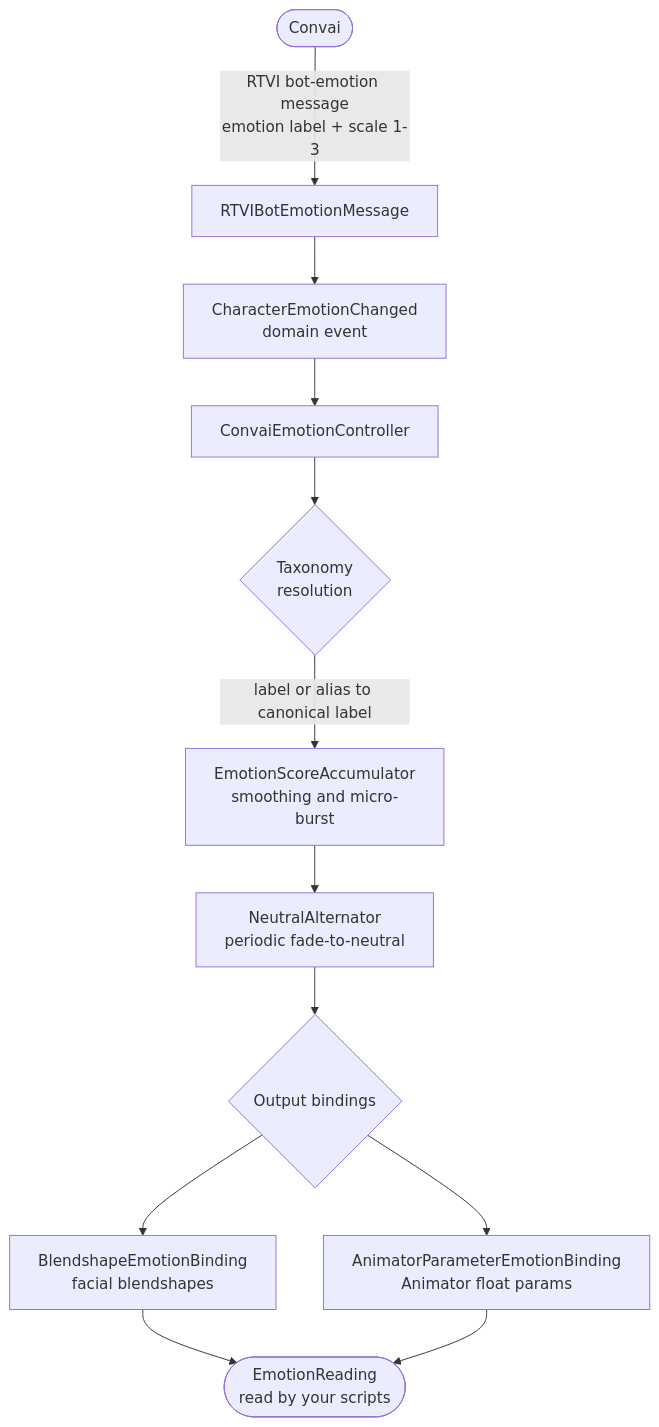
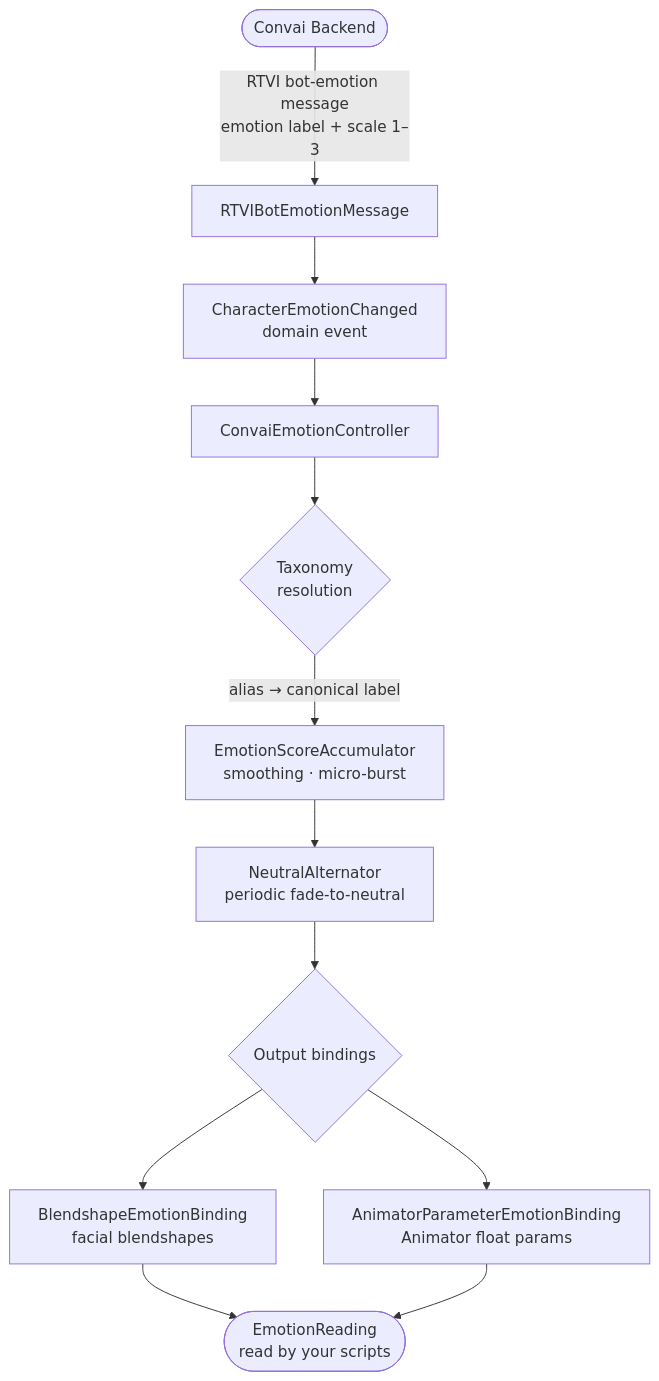
One commit to Conv-AI/Convai-Documentation changed the diagram in plugins-and-integrations/convai-unity-sdk/features/emotion/how-the-emotion-system-works.md. Above: the diagram before and after it, drawn with Mermaid. The commit also changed other lines of this file and 42 other files, not shown here.

````diff
--- a/plugins-and-integrations/convai-unity-sdk/features/emotion/how-the-emotion-system-works.md
+++ b/plugins-and-integrations/convai-unity-sdk/features/emotion/how-the-emotion-system-works.md
@@ -24,13 +16,13 @@
 ```mermaid
 flowchart TD
-    A([Convai]) -->|RTVI bot-emotion message\nemotion label + scale 1-3| B[RTVIBotEmotionMessage]
+    A([Convai Backend]) -->|RTVI bot-emotion message\nemotion label + scale 1–3| B[RTVIBotEmotionMessage]
     B --> C[CharacterEmotionChanged\ndomain event]
     C --> D[ConvaiEmotionController]
     D --> E{Taxonomy\nresolution}
-    E -->|label or alias to canonical label| F[EmotionScoreAccumulator\nsmoothing and micro-burst]
+    E -->|alias → canonical label| F[EmotionScoreAccumulator\nsmoothing · micro-burst]
     F --> G[NeutralAlternator\nperiodic fade-to-neutral]
     G --> H{Output bindings}
     H --> I[BlendshapeEmotionBinding\nfacial blendshapes]
     H --> J[AnimatorParameterEmotionBinding\nAnimator float params]
     I & J --> K([EmotionReading\nread by your scripts])
 ```
````
